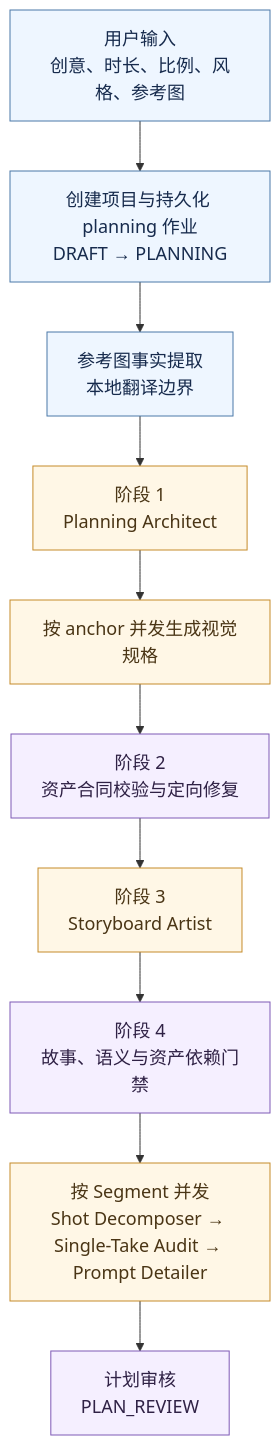
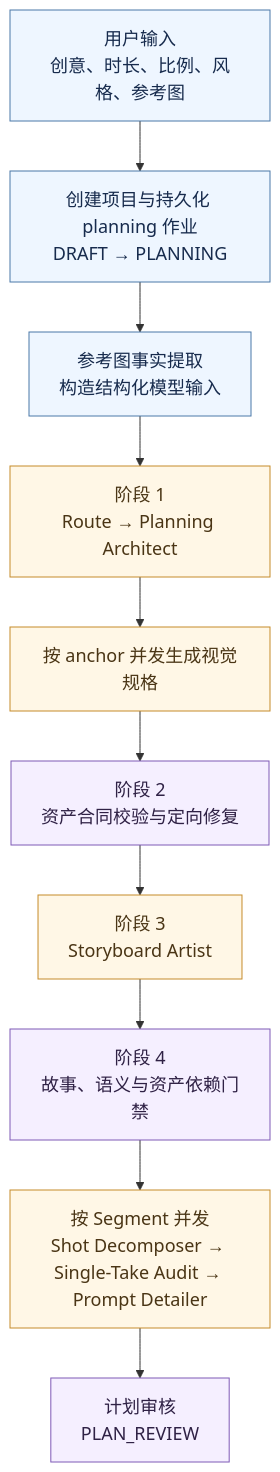
One commit to Samuel521199/RenYiMen changed the second of 7 diagrams in docs/一句话成片执行架构与流程-2026-07-28.md. Above: the diagram before and after it, drawn with Mermaid. The commit also changed other lines of this file and 28 other files, not shown here.

````diff
--- a/docs/一句话成片执行架构与流程-2026-07-28.md
+++ b/docs/一句话成片执行架构与流程-2026-07-28.md
@@ -169,23 +170,23 @@
 ```mermaid
 %%{init: {"themeVariables": {"fontSize": "18px"}}}%%
 flowchart TB
     A["用户输入<br/>创意、时长、比例、风格、参考图"]
     B["创建项目与持久化 planning 作业<br/>DRAFT → PLANNING"]
-    C["参考图事实提取<br/>本地翻译边界"]
-    D["阶段 1<br/>Planning Architect"]
+    C["参考图事实提取<br/>构造结构化模型输入"]
+    D["阶段 1<br/>Route → Planning Architect"]
     E["按 anchor 并发生成视觉规格"]
     F["阶段 2<br/>资产合同校验与定向修复"]
     G["阶段 3<br/>Storyboard Artist"]
     H["阶段 4<br/>故事、语义与资产依赖门禁"]
     I["按 Segment 并发<br/>Shot Decomposer → Single-Take Audit → Prompt Detailer"]
     J["计划审核<br/>PLAN_REVIEW"]
 
     A --> B --> C --> D --> E --> F --> G --> H --> I --> J
 
     classDef input fill:#eef6ff,stroke:#4b78a8,color:#172b4d;
     classDef stage fill:#fff7e6,stroke:#c58b2a,color:#4a3515;
     classDef gate fill:#f5efff,stroke:#7f5ab6,color:#2f2145;
     class A,B,C input;
     class D,E,G,I stage;
     class F,H,J gate;
 ```
````
